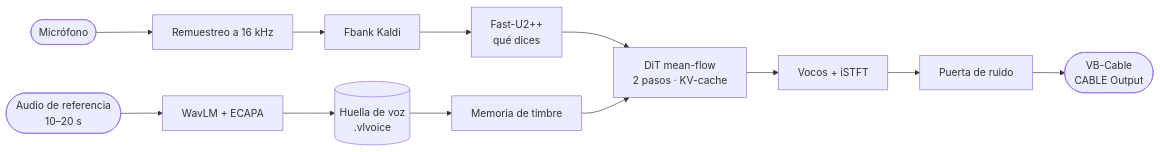
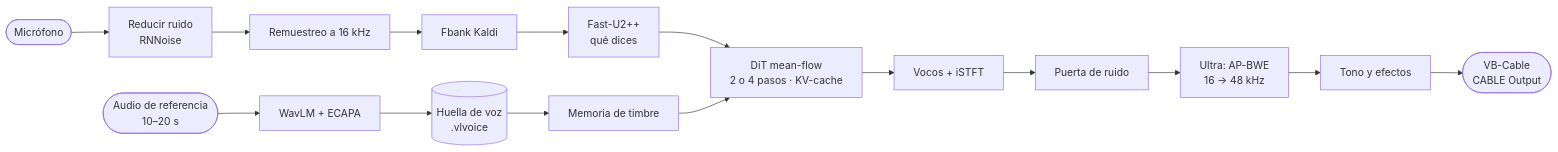
The diagram in README.md (AnonymoDGH/voicelab), drawn with Mermaid before and after one commit. The commit also changed other lines of this file and 12 other files, not shown here.

First line of the commit message:
README y capturas de la 0.2: Ultra, efectos, 16 voces con retrato; orden de voces sin tildes

````diff
--- a/README.md
+++ b/README.md
@@ -115,14 +126,17 @@
 ```mermaid
 flowchart LR
-    mic([Micrófono]) --> rs[Remuestreo a 16 kHz]
+    mic([Micrófono]) --> rn[Reducir ruido<br/>RNNoise]
+    rn --> rs[Remuestreo a 16 kHz]
     rs --> fb[Fbank Kaldi]
     fb --> asr[Fast-U2++<br/>qué dices]
-    asr --> dit[DiT mean-flow<br/>2 pasos · KV-cache]
+    asr --> dit[DiT mean-flow<br/>2 o 4 pasos · KV-cache]
     dit --> voc[Vocos + iSTFT]
     voc --> gate[Puerta de ruido]
-    gate --> cable([VB-Cable<br/>CABLE Output])
+    gate --> bwe[Ultra: AP-BWE<br/>16 → 48 kHz]
+    bwe --> fx[Tono y efectos]
+    fx --> cable([VB-Cable<br/>CABLE Output])
     ref([Audio de referencia<br/>10–20 s]) --> spk[WavLM + ECAPA]
     spk --> print[(Huella de voz<br/>.vlvoice)]
     print --> gtm[Memoria de timbre]
     gtm --> dit
 ```
````
